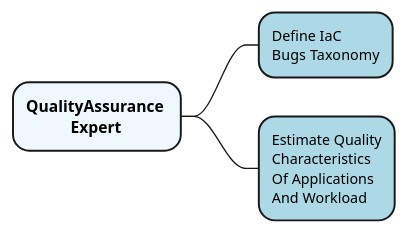
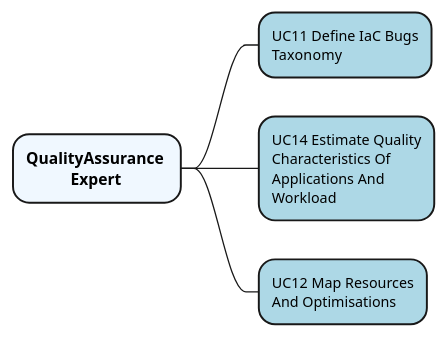
Before and after one commit to SODALITE-EU/project-wide-documentation: the diagram in uml/mind-maps/EAB/MM-HL_QA.puml, drawn with PlantUML.

Commit message:
Added UC numbers and UC12 for QA

```diff
--- a/uml/mind-maps/EAB/MM-HL_QA.puml
+++ b/uml/mind-maps/EAB/MM-HL_QA.puml
@@ -1,30 +1,31 @@
 @startmindmap QAExpertUCs
 
 <style>
 mindmapDiagram {
   node {
     Padding 15
     Margin 15
     BackGroundColor LightBlue
   }
   rootNode {
     Padding 10
 	  Margin 15
     BackGroundColor AliceBlue
 	FontSize 12
   }
   leafNode {
     Padding 10
     BackGroundColor LightBlue
     FontColor Black
     FontSize 11
   }
 }
 </style>
 
 * <b>QualityAssurance</b> \n <b>          Expert</b>
-** Define IaC\nBugs Taxonomy
-** Estimate Quality\nCharacteristics\nOf Applications\nAnd Workload
+** UC11 Define IaC Bugs\nTaxonomy
+** UC14 Estimate Quality\nCharacteristics Of\nApplications And\nWorkload
+** UC12 Map Resources\nAnd Optimisations
 
 
 @endmindmap
```
